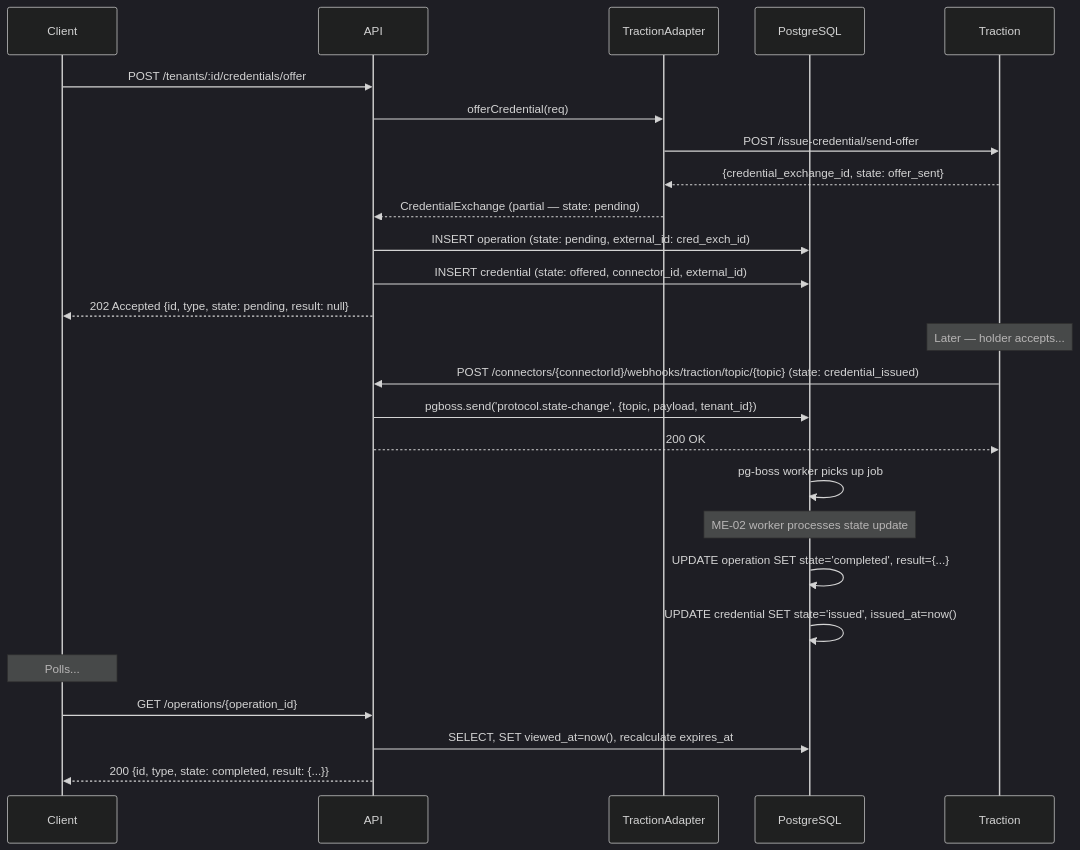
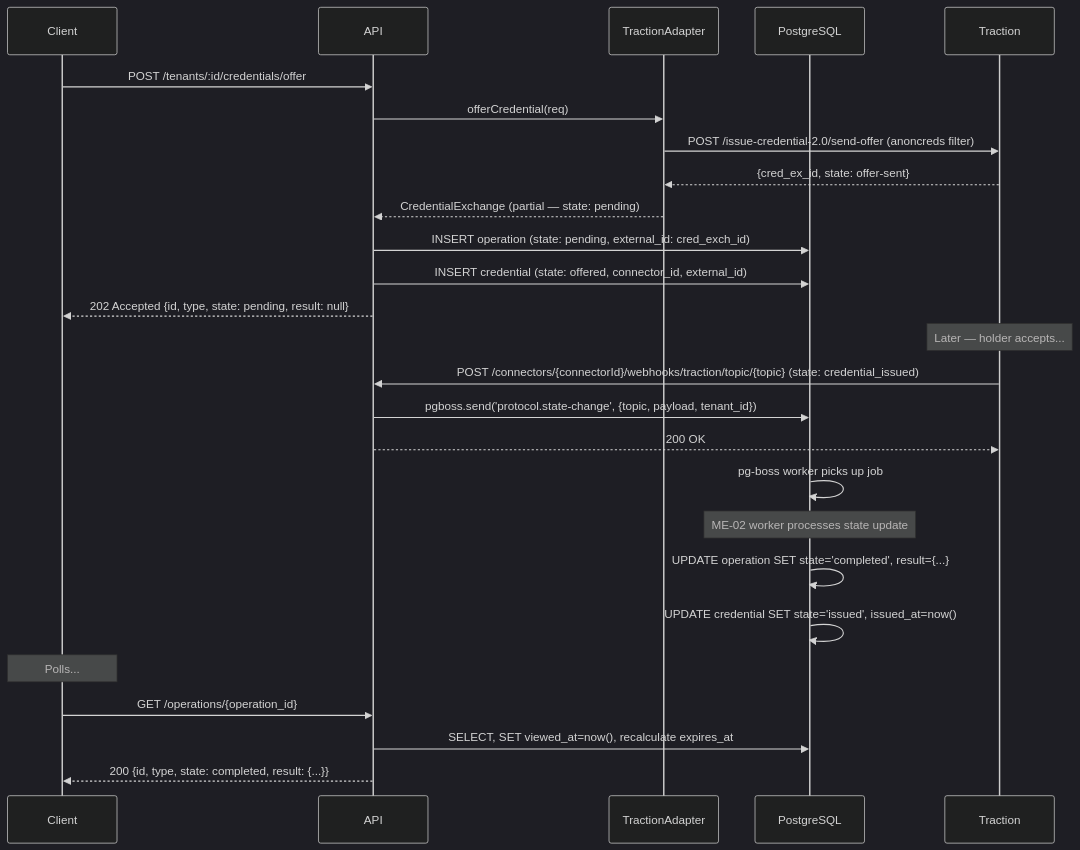
One commit to bcgov/digital-trust-common-service changed the tenth of 22 diagrams in docs/ARCHITECTURE.md. Above: the diagram before and after it, drawn with Mermaid (dark theme). The commit also changed other lines of this file and 92 other files, not shown here.

First line of the commit message:
feat(credential): snapshot issuer offer and exchange implementation

````diff
--- a/docs/ARCHITECTURE.md
+++ b/docs/ARCHITECTURE.md
@@ -808,31 +839,31 @@
 ```mermaid
 sequenceDiagram
     participant Client
     participant API
     participant Adapter as TractionAdapter
     participant DB as PostgreSQL
     participant Traction
 
     Client->>API: POST /tenants/:id/credentials/offer
     API->>Adapter: offerCredential(req)
-    Adapter->>Traction: POST /issue-credential/send-offer
-    Traction-->>Adapter: {credential_exchange_id, state: offer_sent}
+    Adapter->>Traction: POST /issue-credential-2.0/send-offer (anoncreds filter)
+    Traction-->>Adapter: {cred_ex_id, state: offer-sent}
     Adapter-->>API: CredentialExchange (partial — state: pending)
     API->>DB: INSERT operation (state: pending, external_id: cred_exch_id)
     API->>DB: INSERT credential (state: offered, connector_id, external_id)
     API-->>Client: 202 Accepted {id, type, state: pending, result: null}
 
     Note over Traction: Later — holder accepts...
 
     Traction->>API: POST /connectors/{connectorId}/webhooks/traction/topic/{topic} (state: credential_issued)
     API->>DB: pgboss.send('protocol.state-change', {topic, payload, tenant_id})
     API-->>Traction: 200 OK
     DB->>DB: pg-boss worker picks up job
     Note over DB: ME-02 worker processes state update
     DB->>DB: UPDATE operation SET state='completed', result={...}
     DB->>DB: UPDATE credential SET state='issued', issued_at=now()
     Note over Client: Polls...
     Client->>API: GET /operations/{operation_id}
     API->>DB: SELECT, SET viewed_at=now(), recalculate expires_at
     API-->>Client: 200 {id, type, state: completed, result: {...}}
 ```
````
